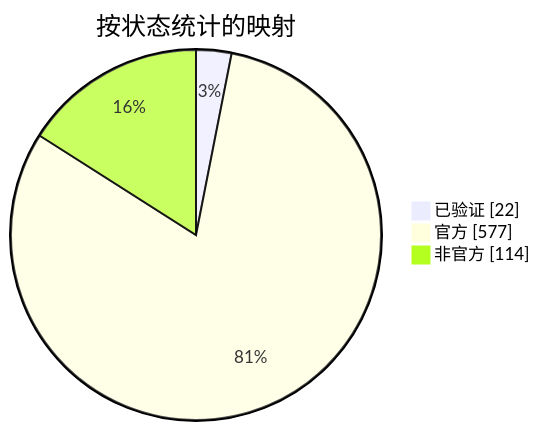
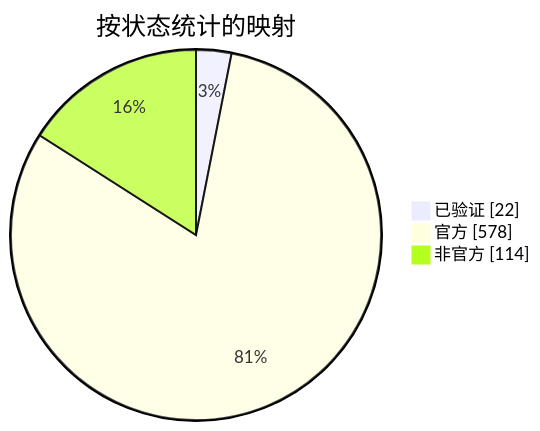
The diagram in docs/readme/README_ZHS.md (nobrega8/mbmap-library), drawn with Mermaid before and after one commit. The commit also changed 6 other files, not shown here.

````diff
--- a/docs/readme/README_ZHS.md
+++ b/docs/readme/README_ZHS.md
@@ -54,7 +54,7 @@
 ```mermaid
 pie showData
     title 按状态统计的映射
     "已验证" : 22
-    "官方" : 577
+    "官方" : 578
     "非官方" : 114
 ```
````
